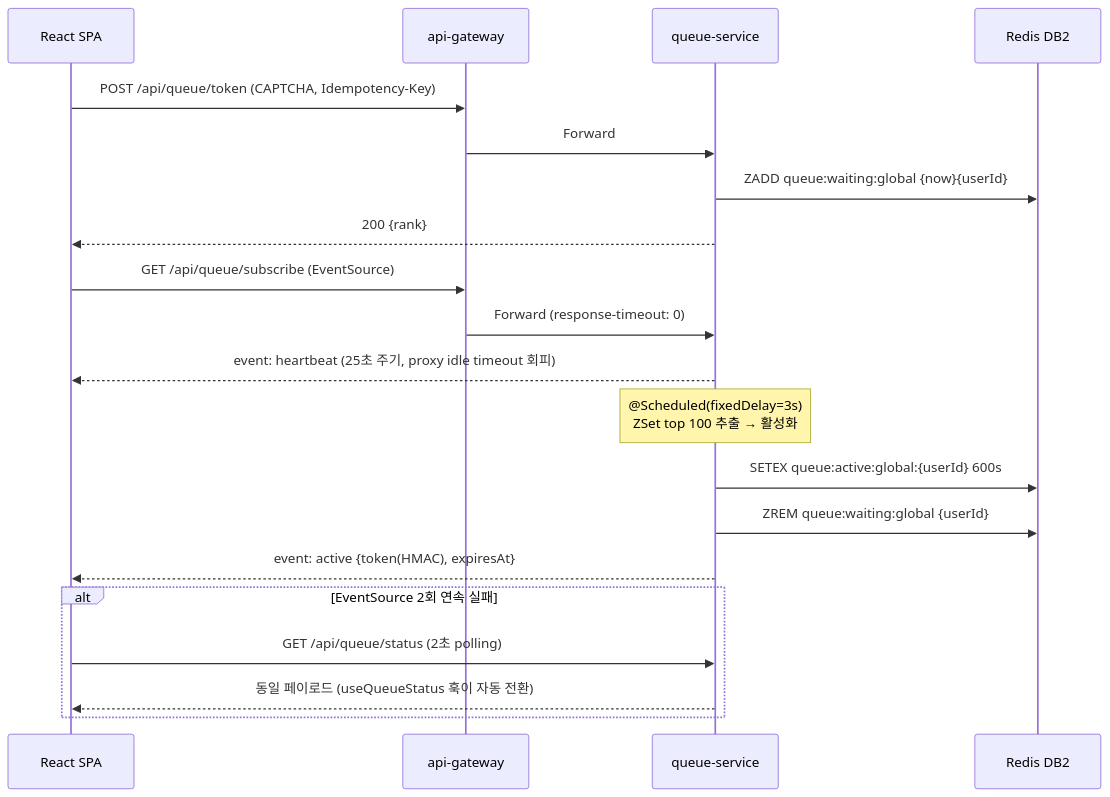
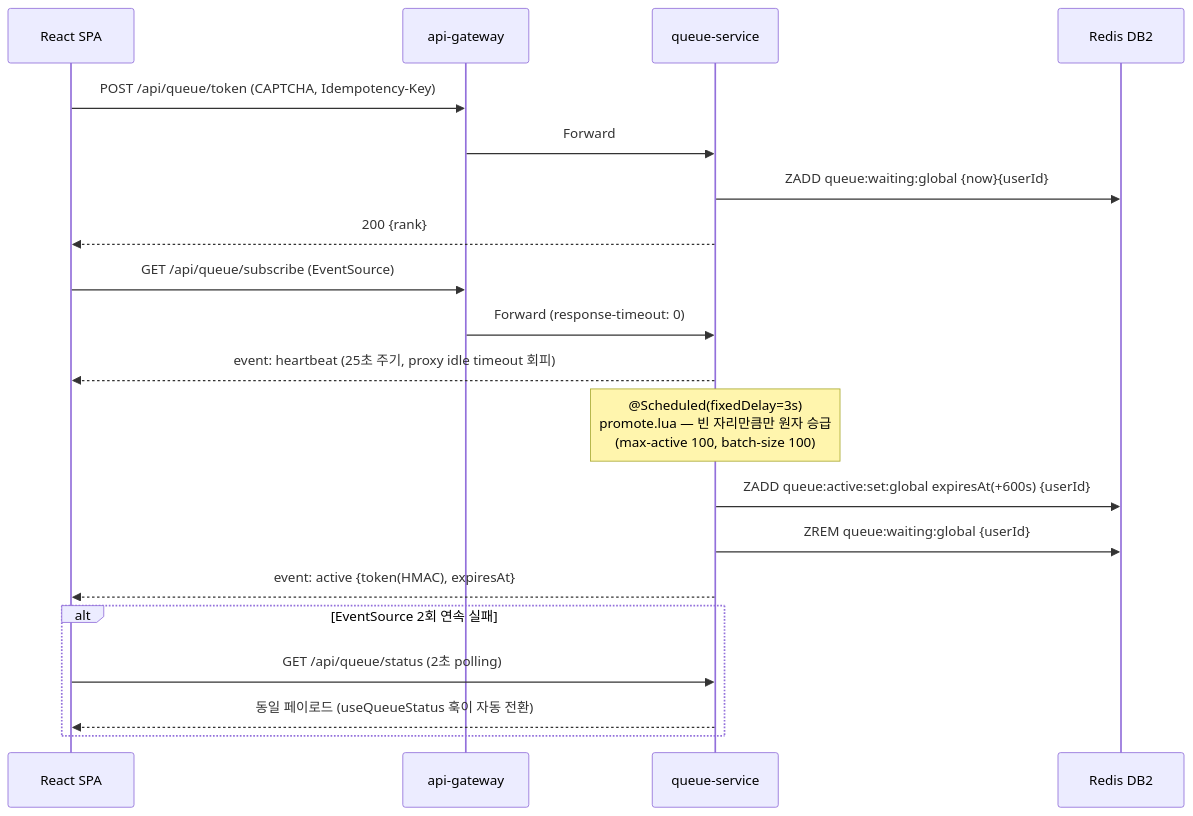
Before and after one commit to yunnhho/xral-msa: the fourth of 5 diagrams in README.md, drawn with Mermaid. The commit also changed other lines of this file, not shown here.

````diff
--- a/README.md
+++ b/README.md
@@ -210,26 +210,26 @@
 ```mermaid
 sequenceDiagram
     participant SPA as React SPA
     participant GW as api-gateway
     participant Q as queue-service
     participant RD as Redis DB2
 
     SPA->>GW: POST /api/queue/token (CAPTCHA, Idempotency-Key)
     GW->>Q: Forward
     Q->>RD: ZADD queue:waiting:global {now}{userId}
     Q-->>SPA: 200 {rank}
 
     SPA->>GW: GET /api/queue/subscribe (EventSource)
     GW->>Q: Forward (response-timeout: 0)
     Q-->>SPA: event: heartbeat (25초 주기, proxy idle timeout 회피)
 
-    Note over Q: @Scheduled(fixedDelay=3s)<br/>ZSet top 100 추출 → 활성화
-    Q->>RD: SETEX queue:active:global:{userId} 600s
+    Note over Q: @Scheduled(fixedDelay=3s)<br/>promote.lua — 빈 자리만큼만 원자 승급<br/>(max-active 100, batch-size 100)
+    Q->>RD: ZADD queue:active:set:global expiresAt(+600s) {userId}
     Q->>RD: ZREM queue:waiting:global {userId}
     Q-->>SPA: event: active {token(HMAC), expiresAt}
 
     alt EventSource 2회 연속 실패
         SPA->>Q: GET /api/queue/status (2초 polling)
         Q-->>SPA: 동일 페이로드 (useQueueStatus 훅이 자동 전환)
     end
 ```
````
